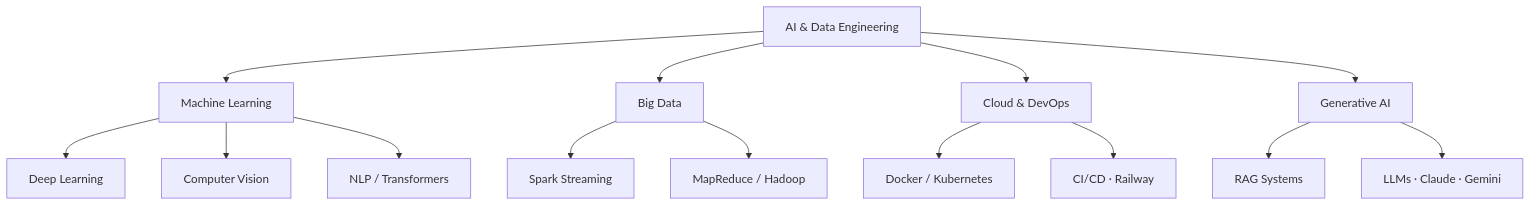
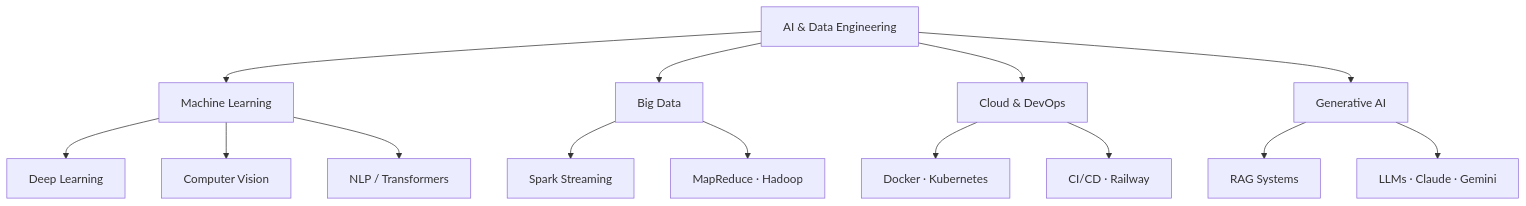
The diagram in README.md (thiernodaoudaly/thiernodaoudaly), drawn with Mermaid before and after one commit. The commit also changed other lines of this file, not shown here.

````diff
--- a/README.md
+++ b/README.md
@@ -67,16 +135,16 @@
 ```mermaid
 graph TD
     A[AI & Data Engineering] --> B[Machine Learning]
     A --> C[Big Data]
     A --> D[Cloud & DevOps]
     A --> E[Generative AI]
     B --> B1[Deep Learning]
     B --> B2[Computer Vision]
     B --> B3[NLP / Transformers]
     C --> C1[Spark Streaming]
-    C --> C2[MapReduce / Hadoop]
-    D --> D1[Docker / Kubernetes]
+    C --> C2[MapReduce · Hadoop]
+    D --> D1[Docker · Kubernetes]
     D --> D2[CI/CD · Railway]
     E --> E1[RAG Systems]
     E --> E2[LLMs · Claude · Gemini]
 ```
````
